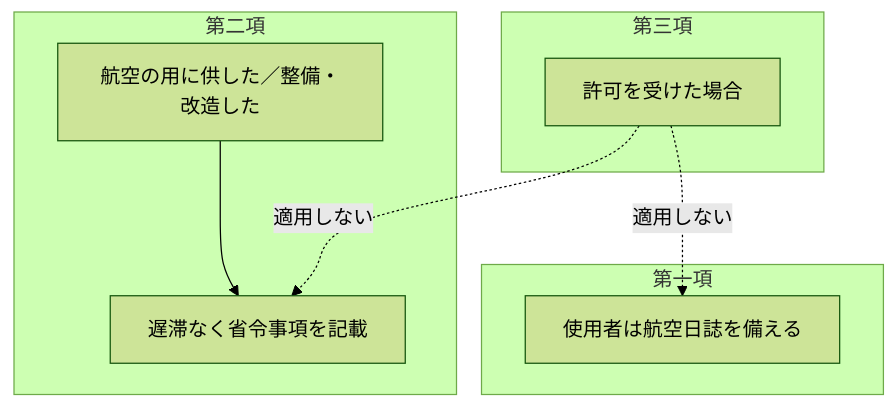
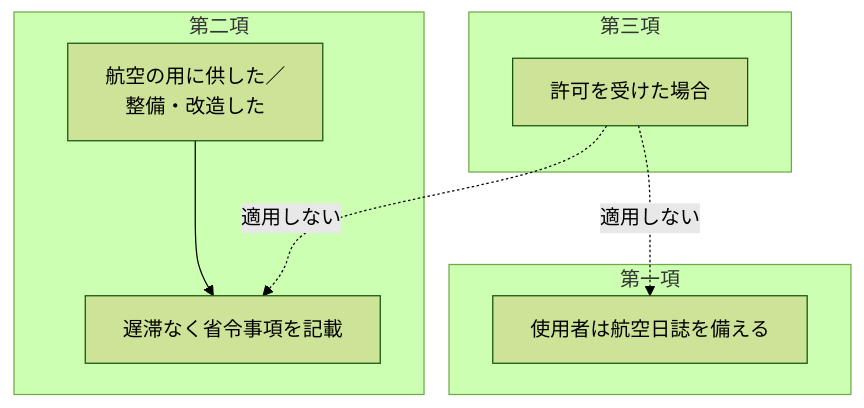
One commit to yonemotoBB/pil changed the second of 30 diagrams in chapters/06_第六章.md. Above: the diagram before and after it, drawn with Mermaid (forest theme). The commit also changed other lines of this file, not shown here.

````diff
--- a/chapters/06_第六章.md
+++ b/chapters/06_第六章.md
@@ -143,13 +143,13 @@
 ```mermaid
 flowchart TB
   subgraph 第一項
     A["使用者は航空日誌を備える"]
   end
   subgraph 第二項
-    B["航空の用に供した／整備・改造した"] --> C["遅滞なく省令事項を記載"]
+    B["航空の用に供した／<br>整備・改造した"] --> C["遅滞なく省令事項を記載"]
   end
   subgraph 第三項
     D["許可を受けた場合"] -. 適用しない .-> A
     D -. 適用しない .-> C
   end
 ```
````
